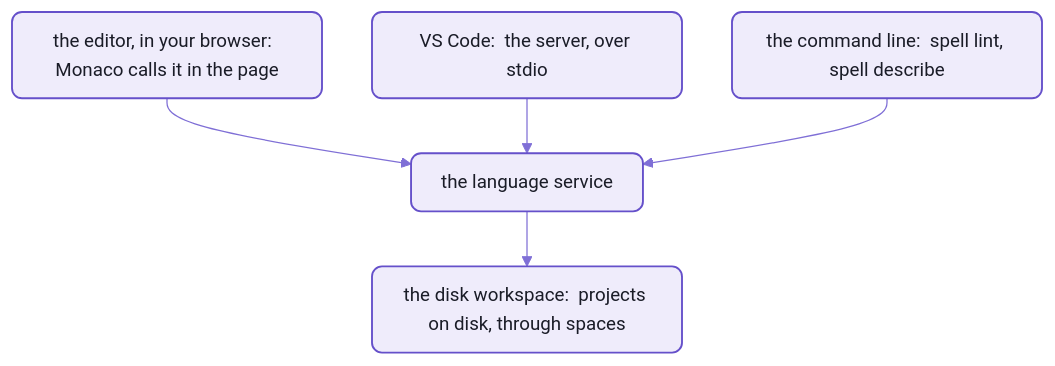
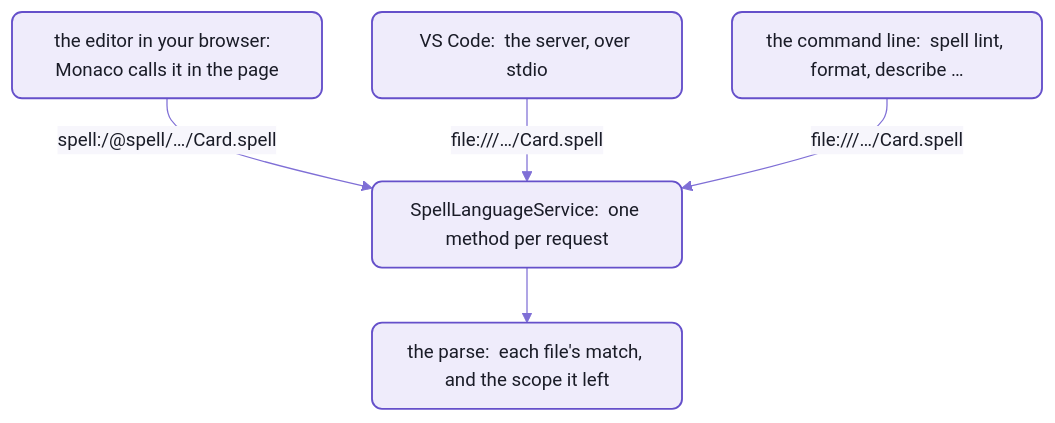
The first of 2 diagrams in app/README-lsp.md (spell-app/spell), drawn with Mermaid before and after one commit. The commit also changed other lines of this file and 8 other files, not shown here.

````diff
--- a/app/README-lsp.md
+++ b/app/README-lsp.md
@@ -28,10 +119,10 @@
 ```mermaid
 %%{init: {"theme":"base","themeVariables":{"fontFamily":"-apple-system, BlinkMacSystemFont, Segoe UI, Helvetica, Arial, sans-serif","fontSize":"15px","primaryColor":"#EFECFB","primaryBorderColor":"#6550CA","primaryTextColor":"#1A1C27","secondaryColor":"#F4F1E9","tertiaryColor":"#F7F6FC","lineColor":"#7F6FD6","textColor":"#7F6FD6","clusterBkg":"#F7F6FC","clusterBorder":"#B9B0E8","titleColor":"#1A1C27","edgeLabelBackground":"#F7F6FC","actorBkg":"#EFECFB","actorBorder":"#6550CA","actorTextColor":"#1A1C27","actorLineColor":"#9C90DE","signalColor":"#7F6FD6","signalTextColor":"#7F6FD6","labelBoxBkgColor":"#EFECFB","labelBoxBorderColor":"#6550CA","labelTextColor":"#1A1C27","loopTextColor":"#7F6FD6","noteBkgColor":"#F1E7D4","noteBorderColor":"#C9B48A","noteTextColor":"#1A1C27","activationBkgColor":"#DCD6F7","activationBorderColor":"#6550CA","sequenceNumberColor":"#FFFFFF"},"flowchart":{"curve":"basis","padding":12,"nodeSpacing":40,"rankSpacing":44}}}%%
 flowchart TB
-  browser["the editor, in your browser:  Monaco calls it in the page"] --> service["the language service"]
-  vscode["VS Code:  the server, over stdio"] --> service
-  cli["the command line:  spell lint, spell describe"] --> service
-  service --> workspace["the disk workspace:  projects on disk, through spaces"]
+  browser["the editor in your browser:  Monaco calls it in the page"] -- "spell:/@spell/…/Card.spell" --> service
+  vscode["VS Code:  the server, over stdio"] -- "file:///…/Card.spell" --> service
+  cli["the command line:  spell lint, format, describe …"] -- "file:///…/Card.spell" --> service
+  service["SpellLanguageService:  one method per request"] --> parse["the parse:  each file's match, and the scope it left"]
   %% the Spell look:  yarn mermaid:pretty
   classDef default fill:#EFECFB,stroke:#6550CA,stroke-width:1.5px,color:#1A1C27,rx:8px,ry:8px
 ```
````
